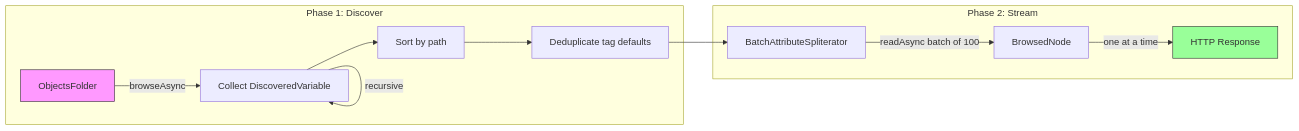
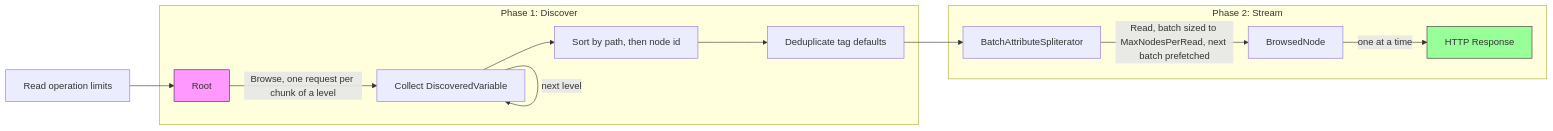
The first of 5 diagrams in modules/hivemq-edge-module-opcua/src/main/java/com/hivemq/edge/adapters/opcua/browse/OpcUaNodeBrowser.md (hivemq/hivemq-edge), drawn with Mermaid before and after one commit. The commit also changed other lines of this file and 22 other files, not shown here.

First line of the commit message:
EDG-1034 Houston: size OPC UA reads/browses to the server's operation limits, browse Variable children (#1759)

````diff
--- a/modules/hivemq-edge-module-opcua/src/main/java/com/hivemq/edge/adapters/opcua/browse/OpcUaNodeBrowser.md
+++ b/modules/hivemq-edge-module-opcua/src/main/java/com/hivemq/edge/adapters/opcua/browse/OpcUaNodeBrowser.md
@@ -11,18 +37,19 @@
 ```mermaid
 flowchart LR
+    L[Read operation limits] --> A
     subgraph "Phase 1: Discover"
-        A[ObjectsFolder] -->|browseAsync| B[Collect DiscoveredVariable]
-        B -->|recursive| B
-        B --> C[Sort by path]
+        A[Root] -->|"Browse, one request per chunk of a level"| B[Collect DiscoveredVariable]
+        B -->|next level| B
+        B --> C[Sort by path, then node id]
         C --> D[Deduplicate tag defaults]
     end
 
     subgraph "Phase 2: Stream"
         D --> E[BatchAttributeSpliterator]
-        E -->|readAsync batch of 100| F[BrowsedNode]
+        E -->|"Read, batch sized to MaxNodesPerRead, next batch prefetched"| F[BrowsedNode]
         F -->|one at a time| G[HTTP Response]
     end
 
     style A fill:#f9f,stroke:#333
     style G fill:#9f9,stroke:#333
 ```
````
